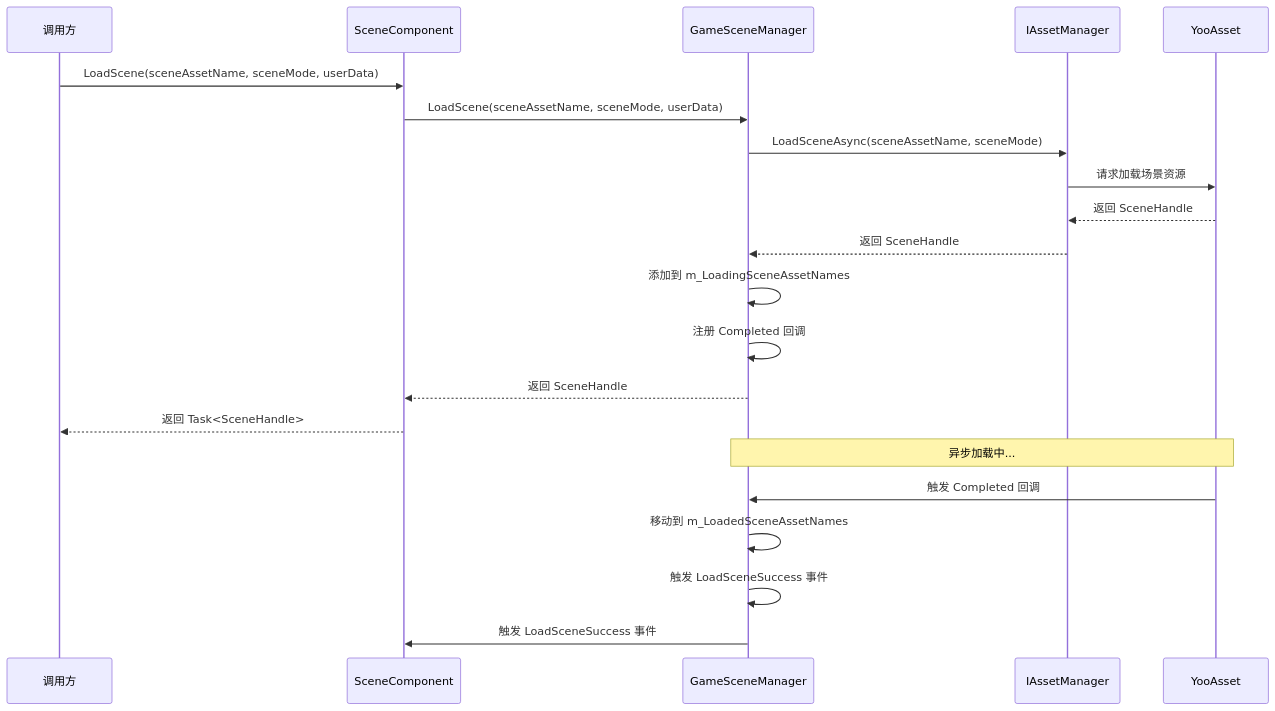
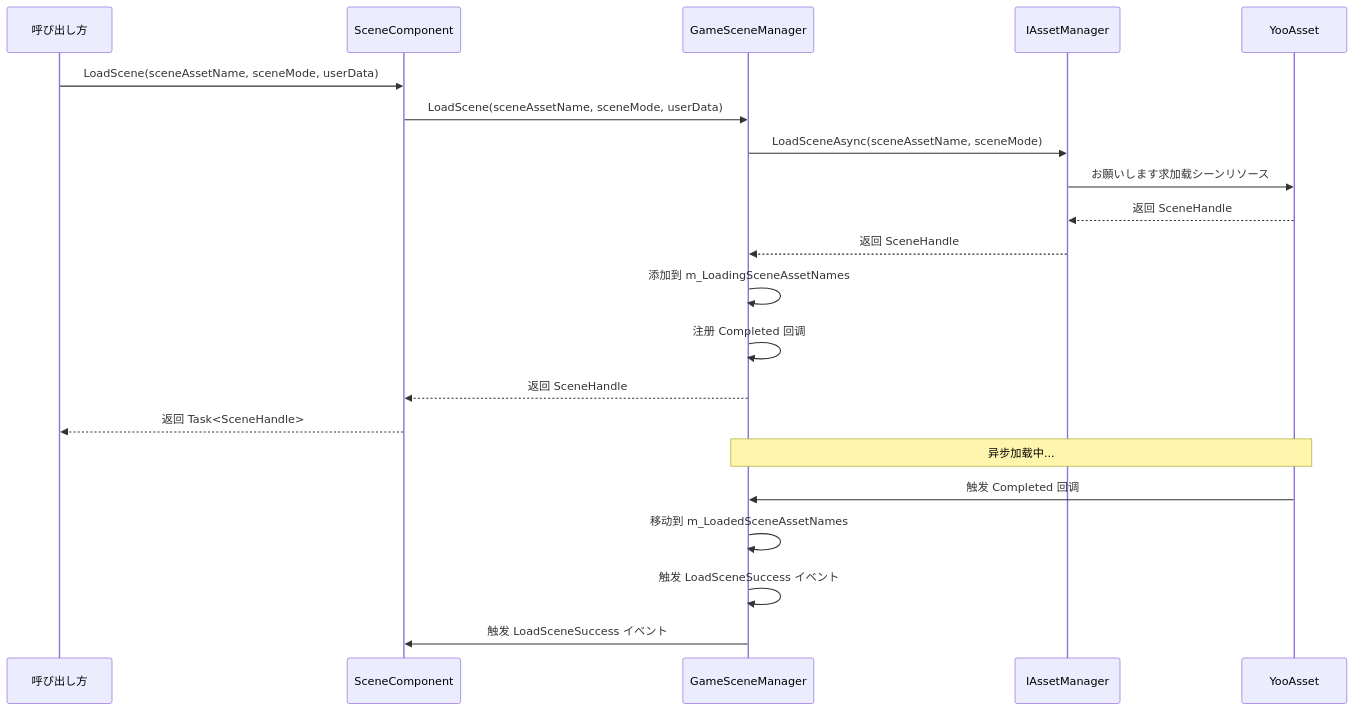
Before and after one commit to AlianBlank/GameFrameX.Docs: the third of 5 diagrams in docs/ja/client/unity/component/scene/04.features.md, drawn with Mermaid. The commit also changed other lines of this file and 603 other files, not shown here.

````diff
--- a/docs/ja/client/unity/component/scene/04.features.md
+++ b/docs/ja/client/unity/component/scene/04.features.md
@@ -95,26 +95,26 @@
 ```mermaid
 sequenceDiagram
-    participant Client as 调用方
+    participant Client as 呼び出し方
     participant SC as SceneComponent
     participant GM as GameSceneManager
     participant AM as IAssetManager
     participant YA as YooAsset
 
     Client->>SC: LoadScene(sceneAssetName, sceneMode, userData)
     SC->>GM: LoadScene(sceneAssetName, sceneMode, userData)
     GM->>AM: LoadSceneAsync(sceneAssetName, sceneMode)
-    AM->>YA: 请求加载场景资源
+    AM->>YA: お願いします求加载シーンリソース
     YA-->>AM: 返回 SceneHandle
     AM-->>GM: 返回 SceneHandle
     GM->>GM: 添加到 m_LoadingSceneAssetNames
     GM->>GM: 注册 Completed 回调
     GM-->>SC: 返回 SceneHandle
     SC-->>Client: 返回 Task<SceneHandle>
 
     Note over YA,GM: 异步加载中...
     
     YA->>GM: 触发 Completed 回调
     GM->>GM: 移动到 m_LoadedSceneAssetNames
-    GM->>GM: 触发 LoadSceneSuccess 事件
-    GM->>SC: 触发 LoadSceneSuccess 事件
+    GM->>GM: 触发 LoadSceneSuccess イベント
+    GM->>SC: 触发 LoadSceneSuccess イベント
 ```
````
